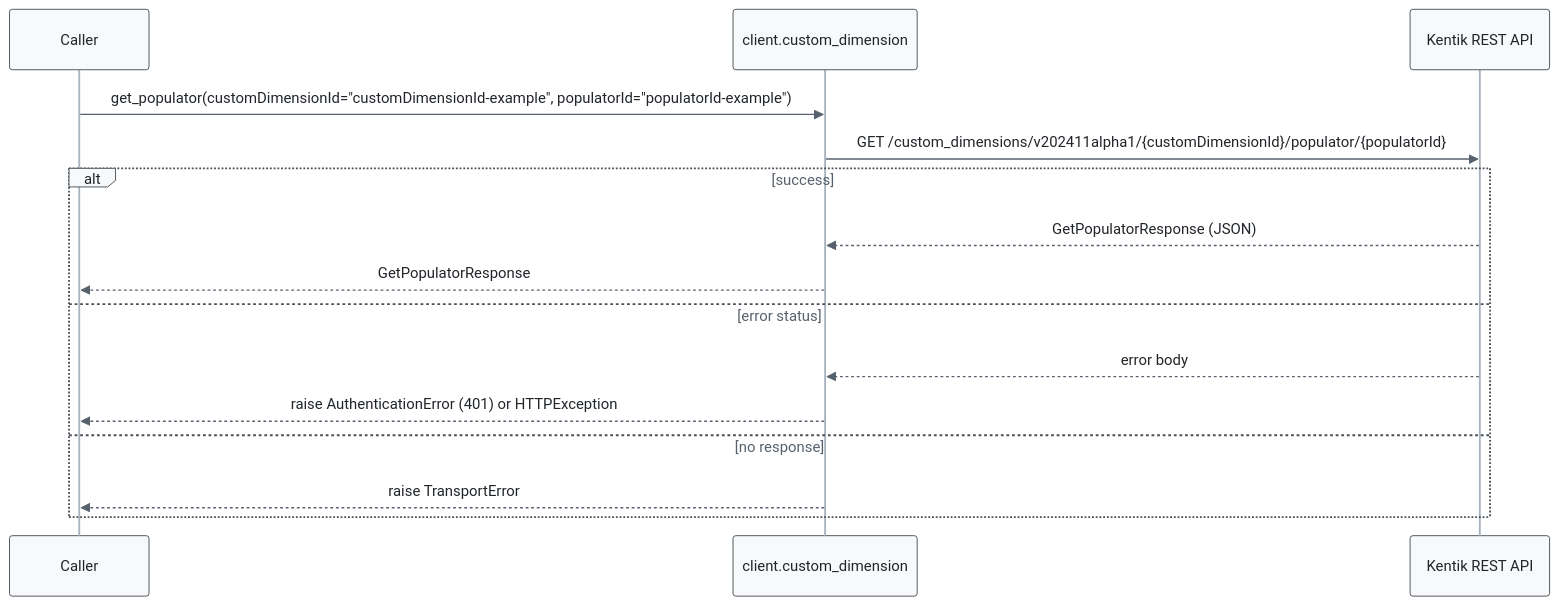
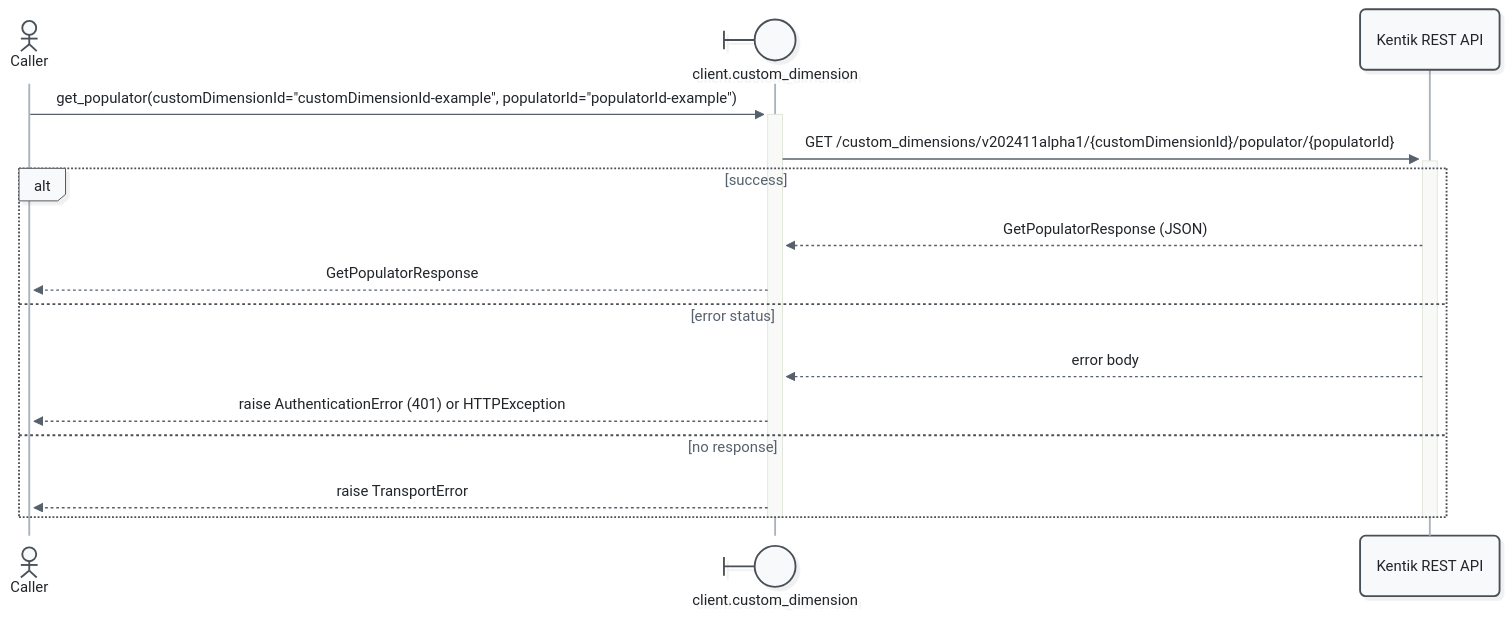
One commit to alexdearaujo/community_sdk_python changed diagram 11 of 21 in docs/sphinx/services/custom_dimension.md. Above: the diagram before and after it, drawn with Mermaid. The commit also changed other lines of this file and 52 other files, not shown here.

First line of the commit message:
docs: Mermaid 12 sequence diagrams with participant types and path colors

````diff
--- a/docs/sphinx/services/custom_dimension.md
+++ b/docs/sphinx/services/custom_dimension.md
@@ -421,19 +446,21 @@
 ```mermaid
-%%{init: {"theme": "base", "fontFamily": "ui-monospace, SFMono-Regular, Menlo, monospace", "themeVariables": {"fontFamily": "ui-monospace, SFMono-Regular, Menlo, monospace", "primaryColor": "#f8f9fa", "primaryBorderColor": "#495057", "primaryTextColor": "#212529", "textColor": "#212529", "lineColor": "#77818c", "edgeLabelBackground": "#ffffff", "actorBkg": "#f8f9fa", "actorBorder": "#495057", "actorTextColor": "#212529", "actorLineColor": "#a9b3be", "signalColor": "#57616d", "signalTextColor": "#212529", "labelBoxBkgColor": "#f8f9fa", "labelBoxBorderColor": "#495057", "labelTextColor": "#212529", "loopTextColor": "#57616d", "noteBkgColor": "#fff9db", "noteBorderColor": "#f08c00", "noteTextColor": "#a35a00"}, "flowchart": {"curve": "step", "nodeSpacing": 30, "rankSpacing": 70, "wrappingWidth": 400}}}%%
+%%{init: {"theme": "redux", "look": "neo", "layout": "dagre", "fontFamily": "ui-monospace, SFMono-Regular, Menlo, monospace", "themeVariables": {"fontFamily": "ui-monospace, SFMono-Regular, Menlo, monospace", "primaryColor": "#f8f9fa", "primaryBorderColor": "#495057", "primaryTextColor": "#212529", "textColor": "#212529", "lineColor": "#77818c", "edgeLabelBackground": "#ffffff", "actorBkg": "#f8f9fa", "actorBorder": "#495057", "actorTextColor": "#212529", "actorLineColor": "#a9b3be", "signalColor": "#57616d", "signalTextColor": "#212529", "labelBoxBkgColor": "#f8f9fa", "labelBoxBorderColor": "#495057", "labelTextColor": "#212529", "loopTextColor": "#57616d", "noteBkgColor": "#fff9db", "noteBorderColor": "#f08c00", "noteTextColor": "#a35a00"}, "sequence": {"activationWidth": 16}, "flowchart": {"curve": "step", "nodeSpacing": 30, "rankSpacing": 70, "wrappingWidth": 400}}}%%
 sequenceDiagram
-    participant C as Caller
-    participant W as client.custom_dimension
+    actor C as Caller
+    participant W@{ "type": "boundary" } as client.custom_dimension
     participant API as Kentik REST API
 
-    C->>W: get_populator(customDimensionId="customDimensionId-example", populatorId="populatorId-example")
-    W->>API: GET /custom_dimensions/v202411alpha1/{customDimensionId}/populator/{populatorId}
+    C->>+W: get_populator(customDimensionId="customDimensionId-example", populatorId="populatorId-example")
+    W->>+API: GET /custom_dimensions/v202411alpha1/{customDimensionId}/populator/{populatorId}
     alt success
         API-->>W: GetPopulatorResponse (JSON)
         W-->>C: GetPopulatorResponse
     else error status
         API-->>W: error body
         W-->>C: raise AuthenticationError (401) or HTTPException
     else no response
         W-->>C: raise TransportError
     end
+    deactivate API
+    deactivate W
 ```
````
